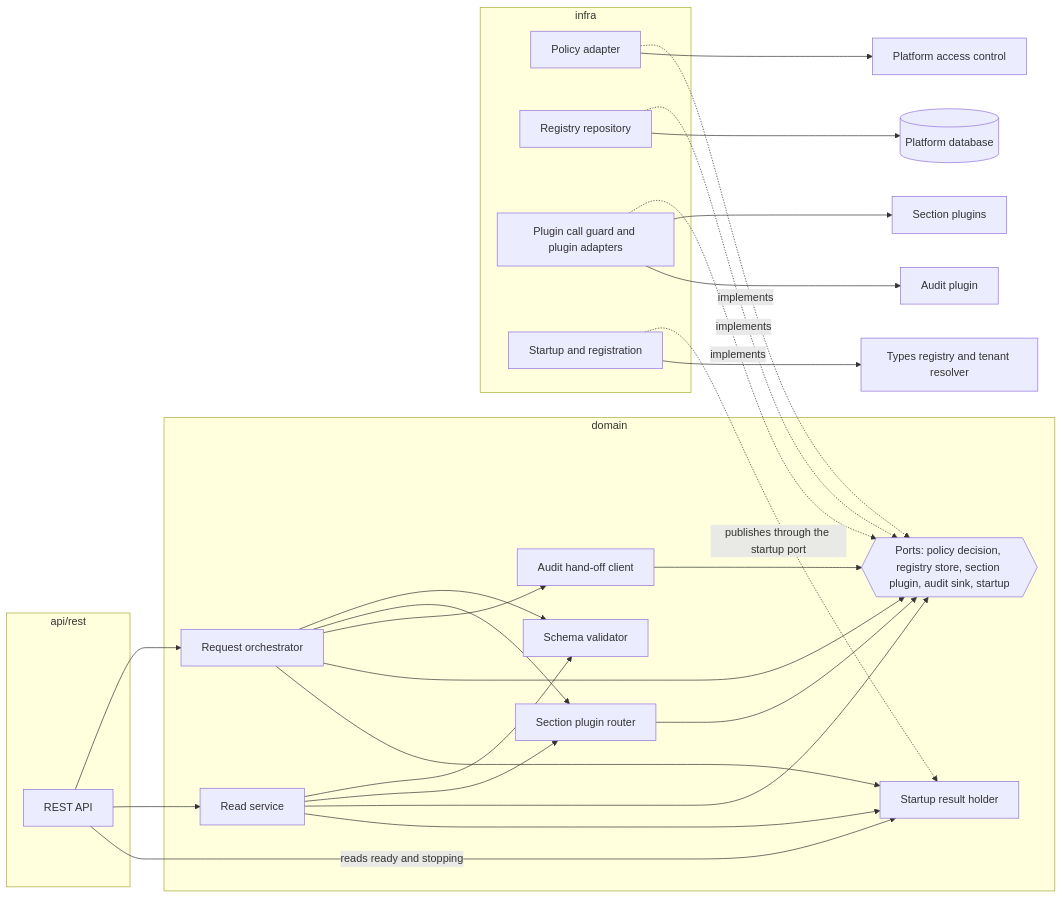
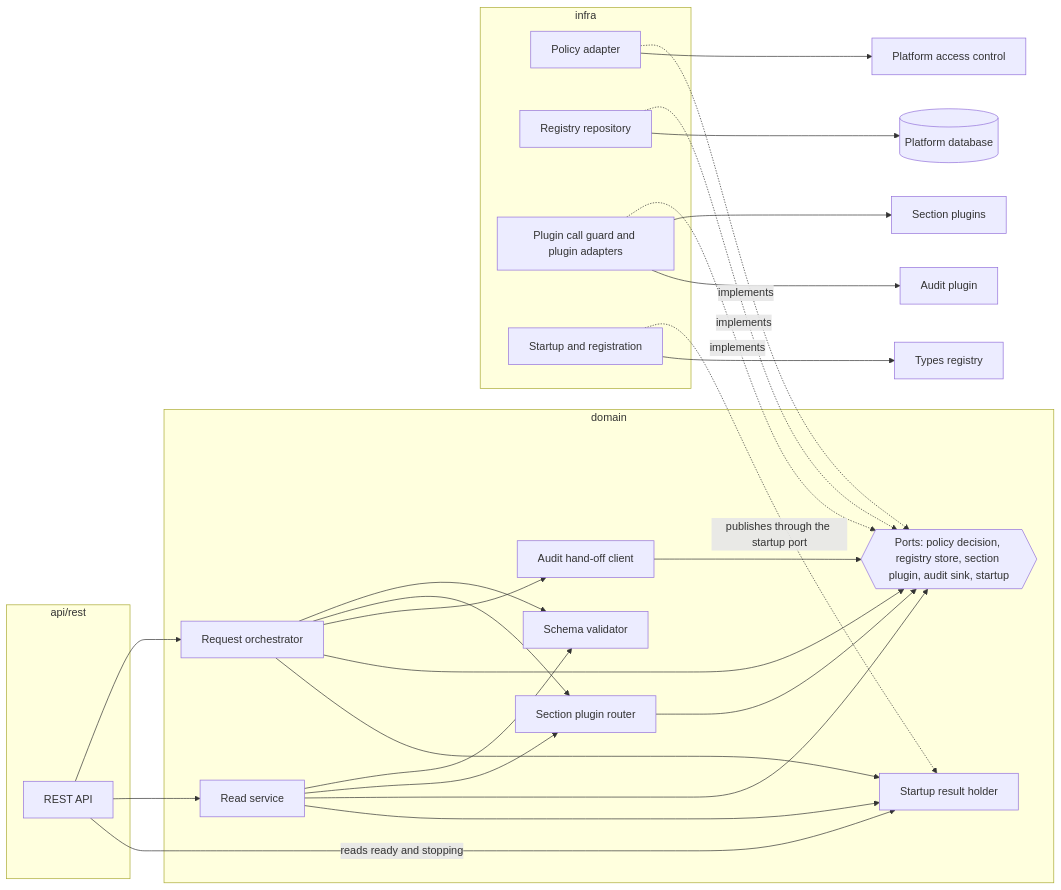
One commit to CommName/gears-rust changed the second of 9 diagrams in gears/system/application-manager/docs/DESIGN.md. Above: the diagram before and after it, drawn with Mermaid. The commit also changed other lines of this file and 7 other files, not shown here.

````diff
--- a/gears/system/application-manager/docs/DESIGN.md
+++ b/gears/system/application-manager/docs/DESIGN.md
@@ -396,44 +397,44 @@
 ```mermaid
 graph LR
     subgraph APIL["api/rest"]
         REST[REST API]
     end
     subgraph DOML["domain"]
         ORC[Request orchestrator]
         RS[Read service]
         VAL[Schema validator]
         SPR[Section plugin router]
         AUD[Audit hand-off client]
         SRH[Startup result holder]
         PORTS{{"Ports: policy decision, registry store, section plugin, audit sink, startup"}}
     end
     subgraph INFL["infra"]
         POL[Policy adapter]
         REG[Registry repository]
         GUARD[Plugin call guard and plugin adapters]
         START[Startup and registration]
     end
     REST --> ORC
     REST --> RS
     ORC --> VAL
     RS --> VAL
     ORC --> SPR
     RS --> SPR
     ORC --> AUD
     ORC --> PORTS
     RS --> PORTS
     SPR --> PORTS
     AUD --> PORTS
     POL -. implements .-> PORTS
     REG -. implements .-> PORTS
     GUARD -. implements .-> PORTS
     START -.->|"publishes through the startup port"| SRH
     REST -->|"reads ready and stopping"| SRH
     ORC --> SRH
     RS --> SRH
     GUARD --> SP[Section plugins]
     GUARD --> AP[Audit plugin]
     POL --> PDP[Platform access control]
     REG --> DB[(Platform database)]
-    START --> TY[Types registry and tenant resolver]
+    START --> TY[Types registry]
 ```
````
